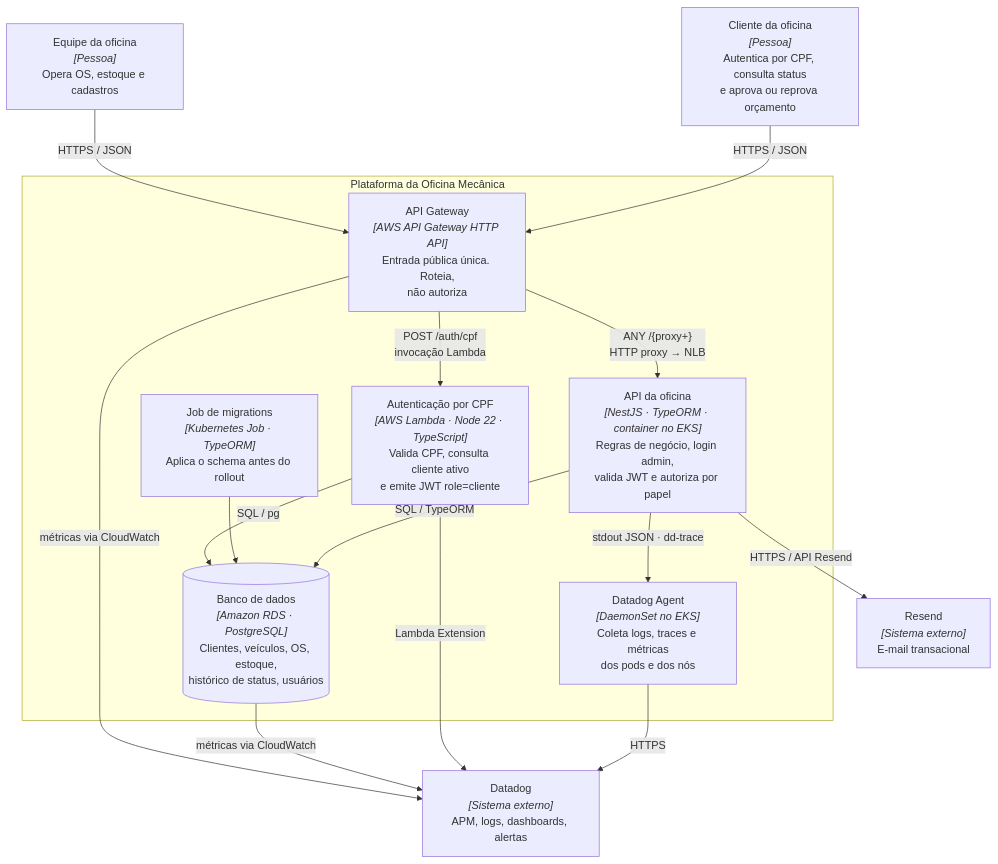
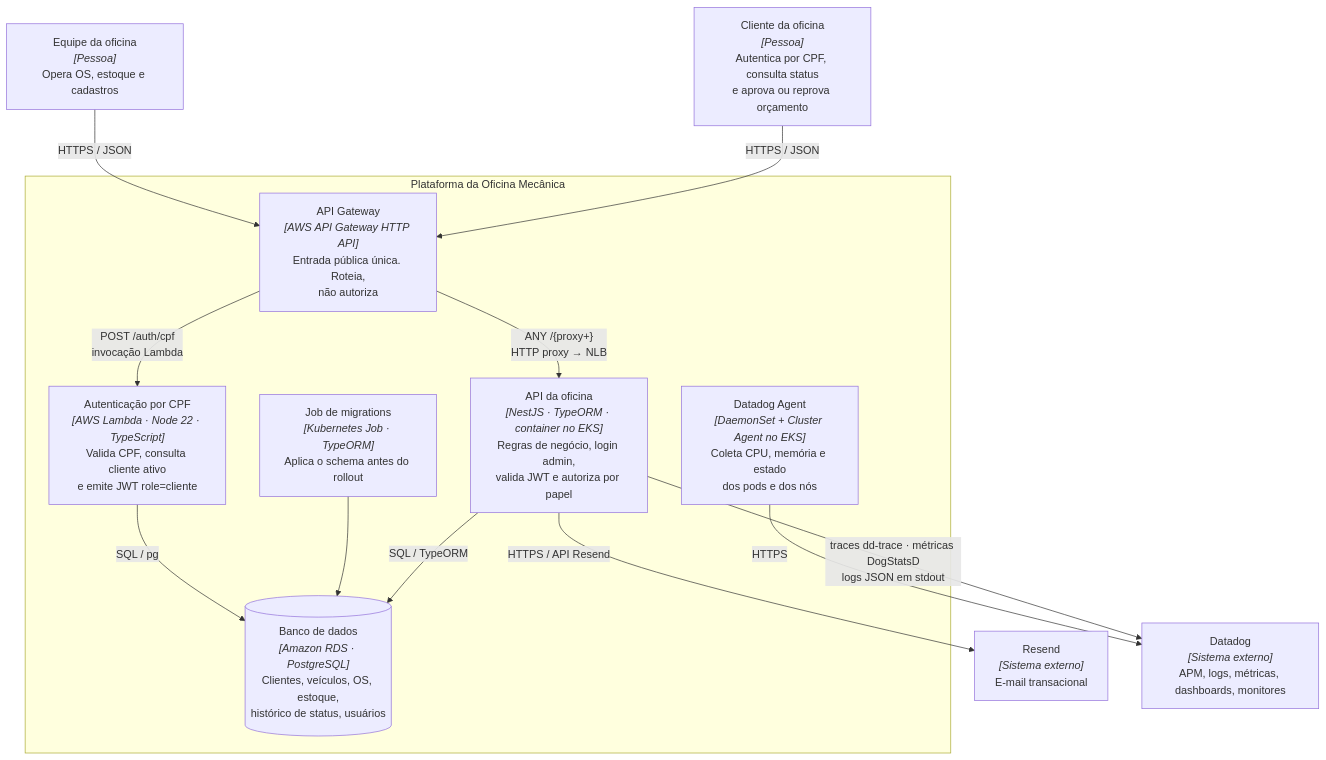
Before and after one commit to 32SOAT/oficina-mecanica-api: the second of 5 diagrams in docs/architecture/componentes.md, drawn with Mermaid. The commit also changed other lines of this file and 16 other files, not shown here.

````diff
--- a/docs/architecture/componentes.md
+++ b/docs/architecture/componentes.md
@@ -39,31 +37,28 @@
 ```mermaid
 flowchart TB
     Cliente["Cliente da oficina<br/><i>[Pessoa]</i><br/>Autentica por CPF, consulta status<br/>e aprova ou reprova orçamento"]
     Equipe["Equipe da oficina<br/><i>[Pessoa]</i><br/>Opera OS, estoque e cadastros"]
 
     subgraph Plataforma["Plataforma da Oficina Mecânica"]
         GW["API Gateway<br/><i>[AWS API Gateway HTTP API]</i><br/>Entrada pública única. Roteia,<br/>não autoriza"]
         Lambda["Autenticação por CPF<br/><i>[AWS Lambda · Node 22 · TypeScript]</i><br/>Valida CPF, consulta cliente ativo<br/>e emite JWT role=cliente"]
         API["API da oficina<br/><i>[NestJS · TypeORM · container no EKS]</i><br/>Regras de negócio, login admin,<br/>valida JWT e autoriza por papel"]
         DB[("Banco de dados<br/><i>[Amazon RDS · PostgreSQL]</i><br/>Clientes, veículos, OS, estoque,<br/>histórico de status, usuários")]
-        Agent["Datadog Agent<br/><i>[DaemonSet no EKS]</i><br/>Coleta logs, traces e métricas<br/>dos pods e dos nós"]
+        Agent["Datadog Agent<br/><i>[DaemonSet + Cluster Agent no EKS]</i><br/>Coleta CPU, memória e estado<br/>dos pods e dos nós"]
         Job["Job de migrations<br/><i>[Kubernetes Job · TypeORM]</i><br/>Aplica o schema antes do rollout"]
     end
 
     Resend["Resend<br/><i>[Sistema externo]</i><br/>E-mail transacional"]
-    DD["Datadog<br/><i>[Sistema externo]</i><br/>APM, logs, dashboards, alertas"]
+    DD["Datadog<br/><i>[Sistema externo]</i><br/>APM, logs, métricas, dashboards, monitores"]
 
     Cliente -->|"HTTPS / JSON"| GW
     Equipe -->|"HTTPS / JSON"| GW
     GW -->|"ANY /{proxy+}<br/>HTTP proxy → NLB"| API
     GW -->|"POST /auth/cpf<br/>invocação Lambda"| Lambda
     API -->|"SQL / TypeORM"| DB
     Job --> DB
     Lambda -->|"SQL / pg"| DB
     API -->|"HTTPS / API Resend"| Resend
-    API -->|"stdout JSON · dd-trace"| Agent
+    API -->|"traces dd-trace · métricas DogStatsD<br/>logs JSON em stdout"| DD
     Agent -->|"HTTPS"| DD
-    Lambda -->|"Lambda Extension"| DD
-    DB -->|"métricas via CloudWatch"| DD
-    GW -->|"métricas via CloudWatch"| DD
 ```
````
